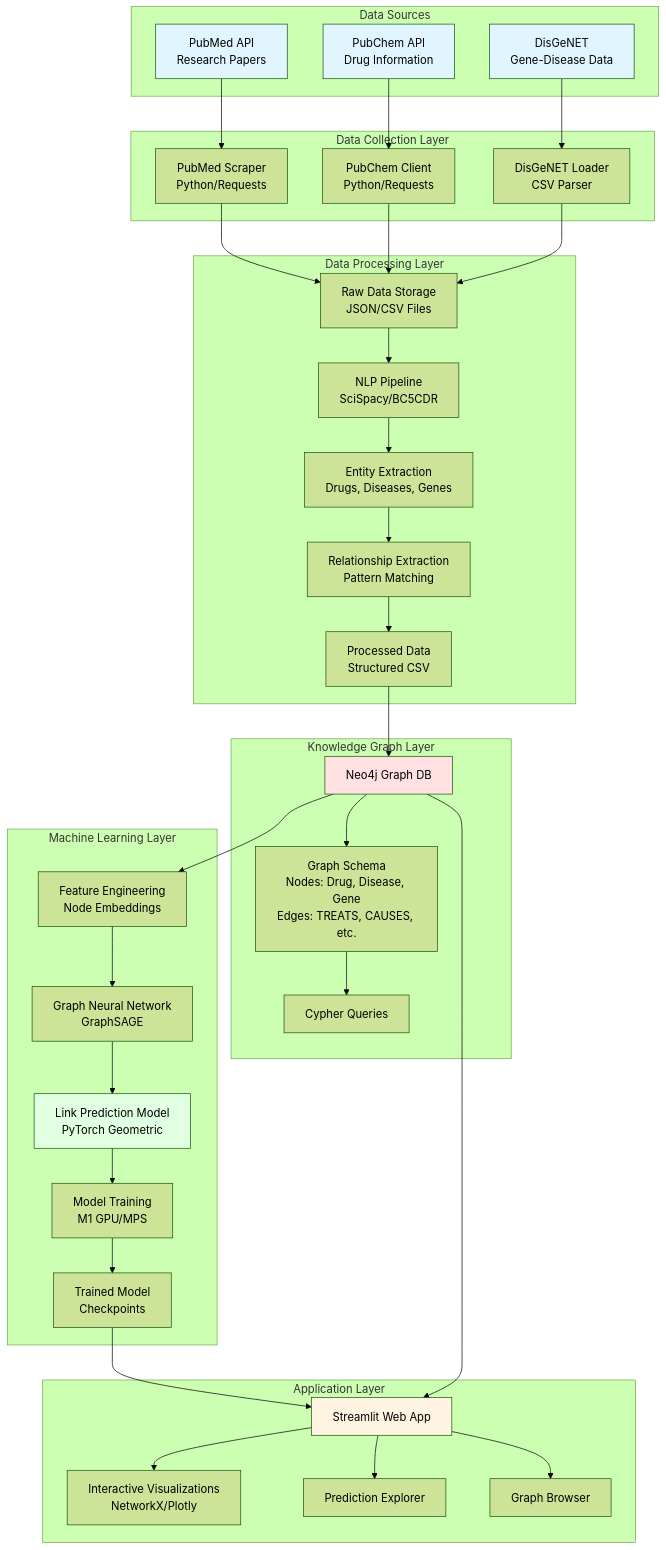
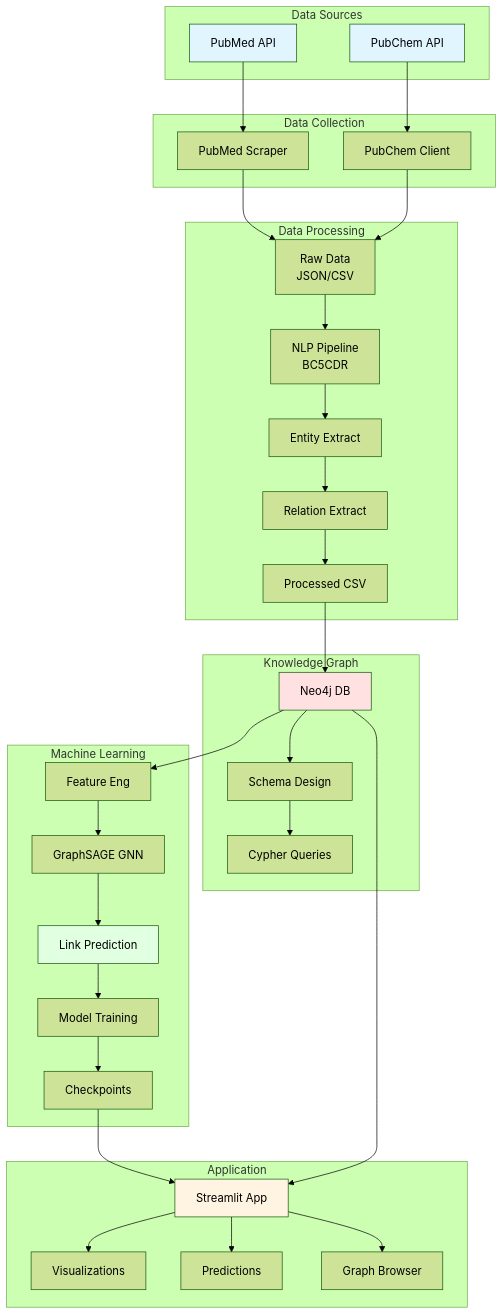
Before and after one commit to k1chik/workspace: the first of 7 diagrams in medical-kg-drug-repurposing/README.md, drawn with Mermaid (forest theme). The commit also changed other lines of this file, not shown here.

First line of the commit message:
Update README with improved diagrams and current project status

````diff
--- a/medical-kg-drug-repurposing/README.md
+++ b/medical-kg-drug-repurposing/README.md
@@ -67,79 +67,61 @@
 ```mermaid
 graph TB
-    subgraph "Data Sources"
-        A1[PubMed API<br/>Research Papers]
-        A2[PubChem API<br/>Drug Information]
-        A3[DisGeNET<br/>Gene-Disease Data]
+    subgraph DS[Data Sources]
+        A1[PubMed API]
+        A2[PubChem API]
     end
 
-    subgraph "Data Collection Layer"
-        B1[PubMed Scraper<br/>Python/Requests]
-        B2[PubChem Client<br/>Python/Requests]
-        B3[DisGeNET Loader<br/>CSV Parser]
+    subgraph DC[Data Collection]
+        B1[PubMed Scraper]
+        B2[PubChem Client]
     end
 
-    subgraph "Data Processing Layer"
-        C1[Raw Data Storage<br/>JSON/CSV Files]
-        C2[NLP Pipeline<br/>SciSpacy/BC5CDR]
-        C3[Entity Extraction<br/>Drugs, Diseases, Genes]
-        C4[Relationship Extraction<br/>Pattern Matching]
-        C5[Processed Data<br/>Structured CSV]
+    subgraph DP[Data Processing]
+        C1[Raw Data<br/>JSON/CSV]
+        C2[NLP Pipeline<br/>BC5CDR]
+        C3[Entity Extract]
+        C4[Relation Extract]
+        C5[Processed CSV]
     end
 
-    subgraph "Knowledge Graph Layer"
-        D1[Neo4j Graph DB]
-        D2[Graph Schema<br/>Nodes: Drug, Disease, Gene<br/>Edges: TREATS, CAUSES, etc.]
+    subgraph KG[Knowledge Graph]
+        D1[Neo4j DB]
+        D2[Schema Design]
         D3[Cypher Queries]
     end
 
-    subgraph "Machine Learning Layer"
-        E1[Feature Engineering<br/>Node Embeddings]
-        E2[Graph Neural Network<br/>GraphSAGE]
-        E3[Link Prediction Model<br/>PyTorch Geometric]
-        E4[Model Training<br/>M1 GPU/MPS]
-        E5[Trained Model<br/>Checkpoints]
+    subgraph ML[Machine Learning]
+        E1[Feature Eng]
+        E2[GraphSAGE GNN]
+        E3[Link Prediction]
+        E4[Model Training]
+        E5[Checkpoints]
     end
 
-    subgraph "Application Layer"
-        F1[Streamlit Web App]
-        F2[Interactive Visualizations<br/>NetworkX/Plotly]
-        F3[Prediction Explorer]
+    subgraph APP[Application]
+        F1[Streamlit App]
+        F2[Visualizations]
+        F3[Predictions]
         F4[Graph Browser]
     end
 
     A1 --> B1
     A2 --> B2
-    A3 --> B3
-
     B1 --> C1
     B2 --> C1
-    B3 --> C1
-
-    C1 --> C2
-    C2 --> C3
-    C3 --> C4
-    C4 --> C5
-
+    C1 --> C2 --> C3 --> C4 --> C5
     C5 --> D1
-    D1 --> D2
-    D2 --> D3
-
-    D1 --> E1
-    E1 --> E2
-    E2 --> E3
-    E3 --> E4
-    E4 --> E5
-
+    D1 --> D2 --> D3
+    D1 --> E1 --> E2 --> E3 --> E4 --> E5
     E5 --> F1
     D1 --> F1
     F1 --> F2
     F1 --> F3
     F1 --> F4
 
     style A1 fill:#e1f5ff
     style A2 fill:#e1f5ff
-    style A3 fill:#e1f5ff
     style D1 fill:#ffe1e1
     style E3 fill:#e1ffe1
     style F1 fill:#fff4e1
 ```
````
